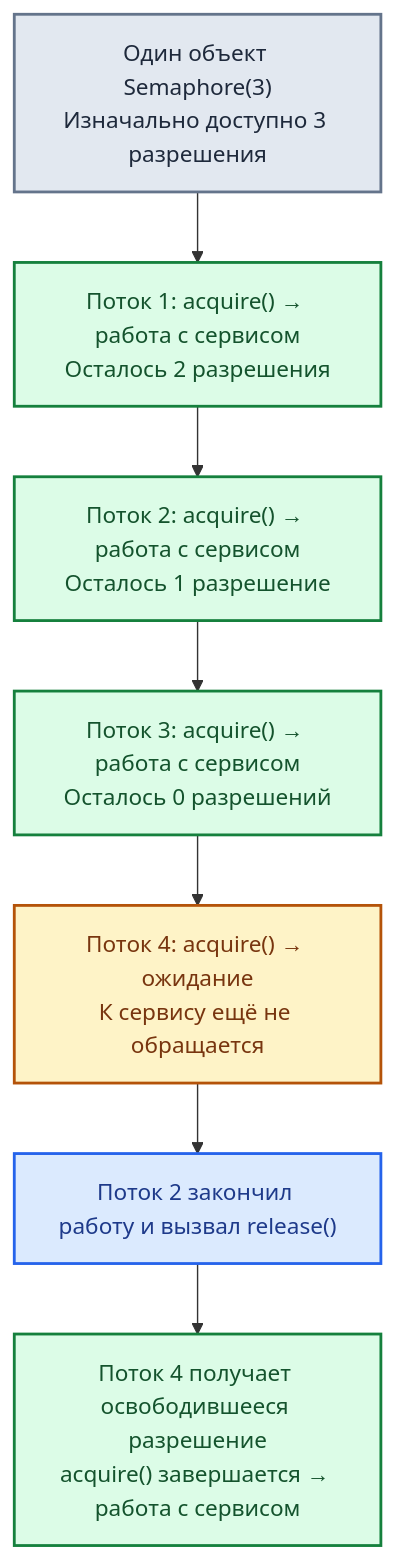
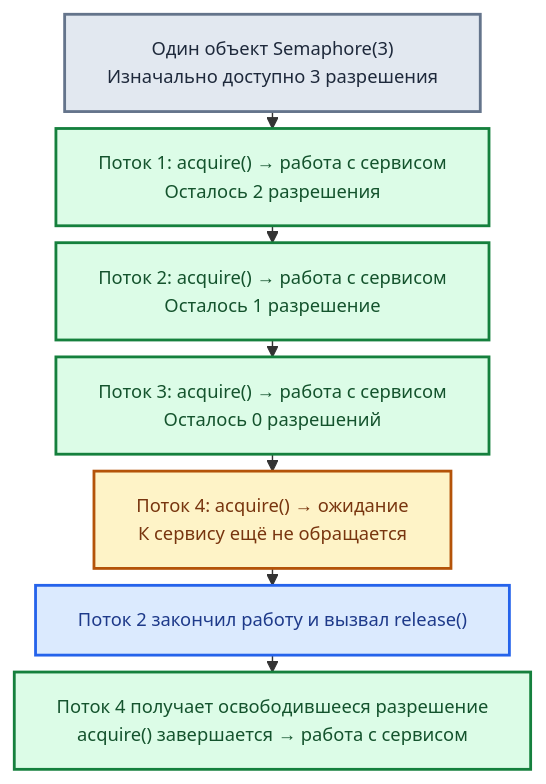
The diagram in knowledge/03-concurrency/semaphore.md (Melchiorius/backend-interview-labs), drawn with Mermaid before and after one commit.

Commit message:
docs: preserve tested compact Mermaid configuration

````diff
--- a/knowledge/03-concurrency/semaphore.md
+++ b/knowledge/03-concurrency/semaphore.md
@@ -31,20 +31,27 @@
 ```mermaid
+---
+config:
+  flowchart:
+    rankSpacing: 12
+    nodeSpacing: 15
+    wrappingWidth: 400
+---
 flowchart TB
     A["Один объект Semaphore(3)<br/>Изначально доступно 3 разрешения"]
     A --> B["Поток 1: acquire() → работа с сервисом<br/>Осталось 2 разрешения"]
     B --> C["Поток 2: acquire() → работа с сервисом<br/>Осталось 1 разрешение"]
     C --> D["Поток 3: acquire() → работа с сервисом<br/>Осталось 0 разрешений"]
     D --> E["Поток 4: acquire() → ожидание<br/>К сервису ещё не обращается"]
     E --> F["Поток 2 закончил работу и вызвал release()"]
     F --> G["Поток 4 получает освободившееся разрешение<br/>acquire() завершается → работа с сервисом"]
 
-    classDef initial fill:#e2e8f0,stroke:#64748b,color:#1e293b,stroke-width:2px
-    classDef active fill:#dcfce7,stroke:#15803d,color:#14532d,stroke-width:2px
-    classDef waiting fill:#fef3c7,stroke:#b45309,color:#78350f,stroke-width:2px
-    classDef release fill:#dbeafe,stroke:#2563eb,color:#1e3a8a,stroke-width:2px
+    classDef initial fill:#e2e8f0,stroke:#64748b,color:#1e293b,stroke-width:2px,font-size:13px
+    classDef active fill:#dcfce7,stroke:#15803d,color:#14532d,stroke-width:2px,font-size:13px
+    classDef waiting fill:#fef3c7,stroke:#b45309,color:#78350f,stroke-width:2px,font-size:13px
+    classDef release fill:#dbeafe,stroke:#2563eb,color:#1e3a8a,stroke-width:2px,font-size:13px
 
     class A initial
     class B,C,D,G active
     class E waiting
     class F release
 ```
````
